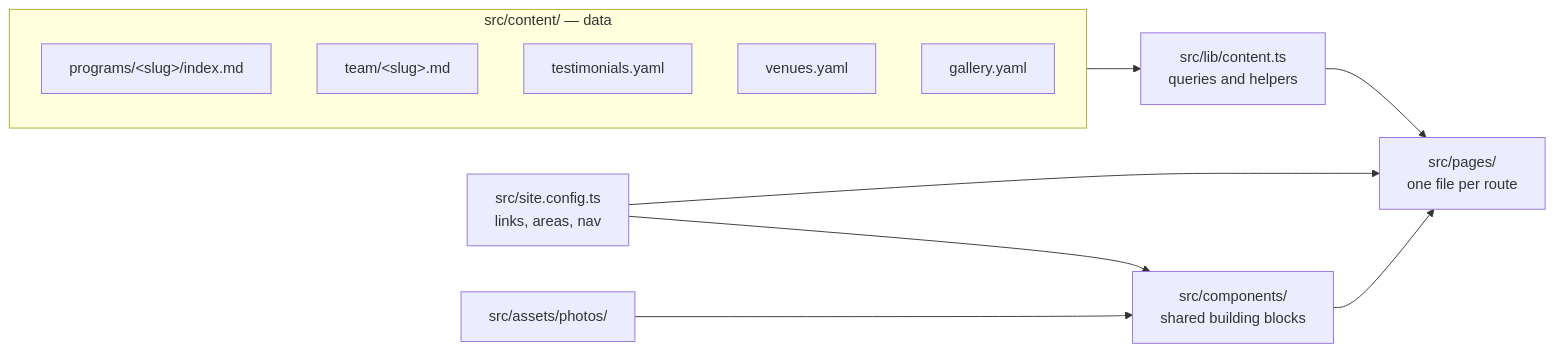
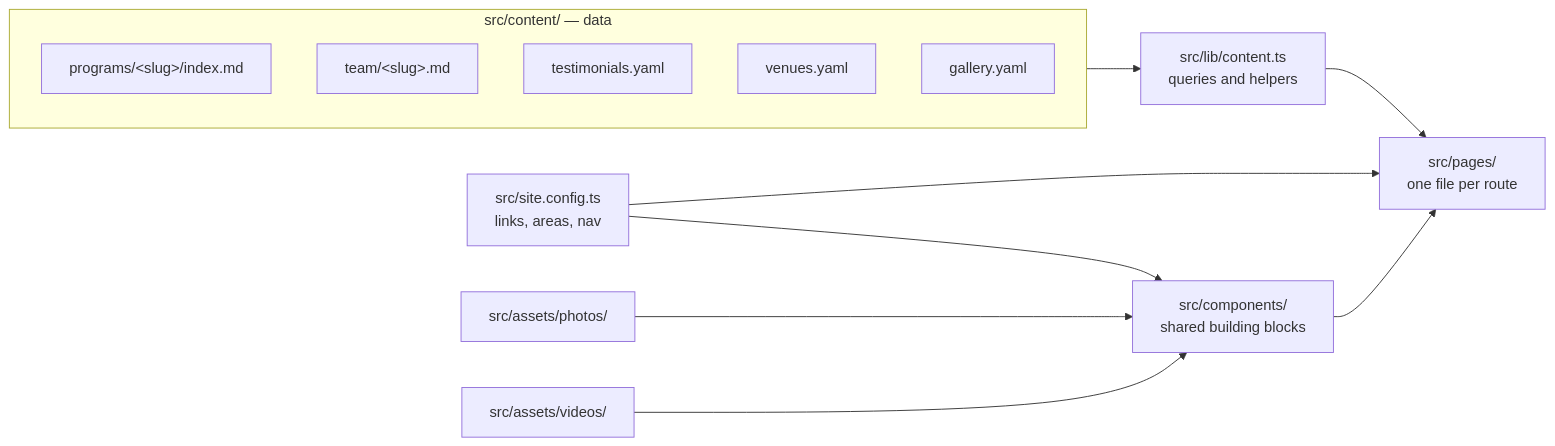
Before and after one commit to Sabeel-Institute/sabeel-website-test: the first of 2 diagrams in AGENTS.md, drawn with Mermaid. The commit also changed other lines of this file and 14 other files, not shown here.

````diff
--- a/AGENTS.md
+++ b/AGENTS.md
@@ -65,20 +66,22 @@
 ```mermaid
 flowchart LR
   subgraph content["src/content/ — data"]
     P["programs/&lt;slug&gt;/index.md"]
     T["team/&lt;slug&gt;.md"]
     Q["testimonials.yaml"]
     V["venues.yaml"]
     G["gallery.yaml"]
   end
   CFG["src/site.config.ts<br/>links, areas, nav"]
   PH["src/assets/photos/"]
+  VI["src/assets/videos/"]
   LIB["src/lib/content.ts<br/>queries and helpers"]
   CMP["src/components/<br/>shared building blocks"]
   PG["src/pages/<br/>one file per route"]
   content --> LIB --> PG
   CFG --> PG
   CFG --> CMP
   PH --> CMP
+  VI --> CMP
   CMP --> PG
 ```
````
